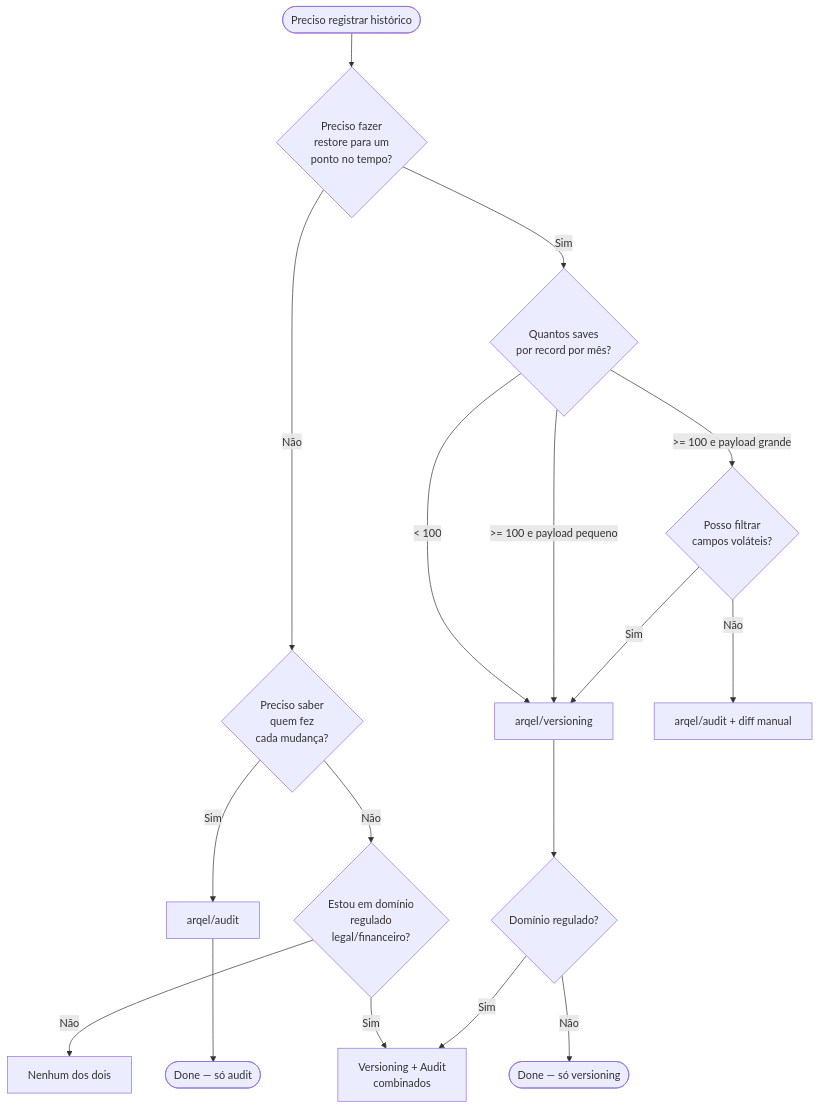
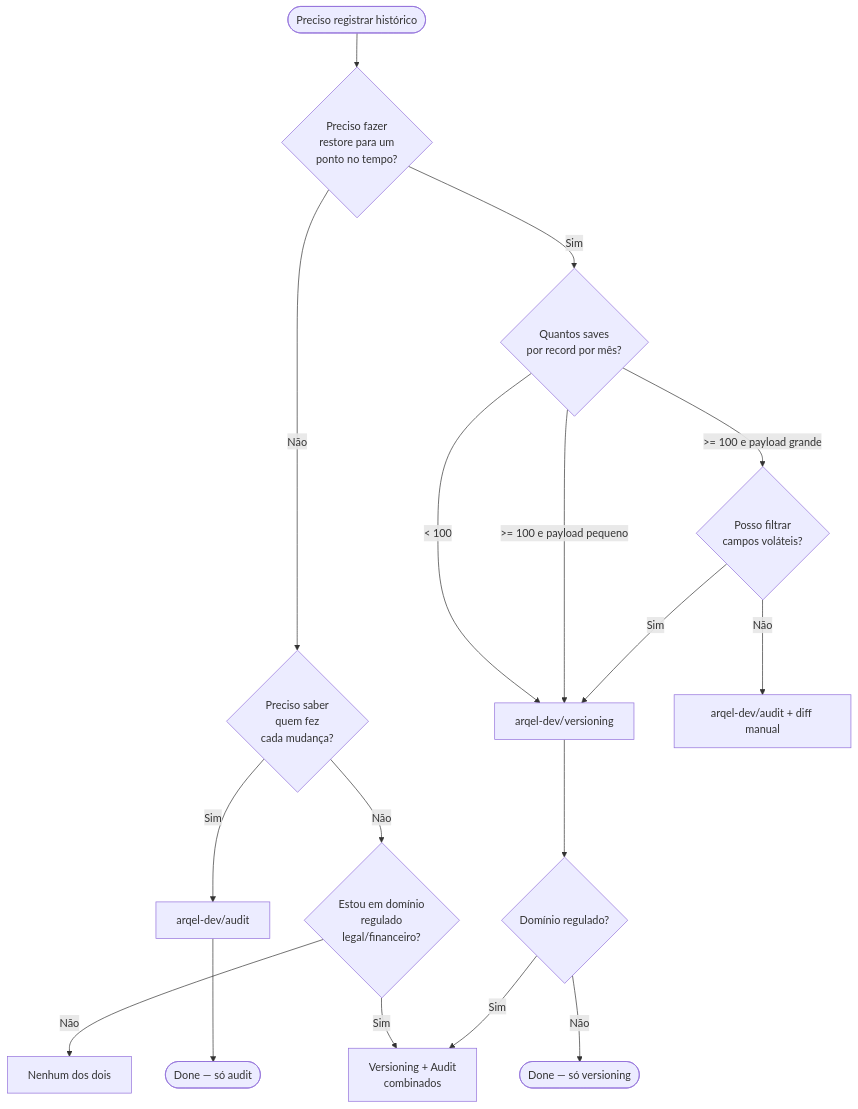
Before and after one commit to arqel-dev/arqel: the diagram in apps/docs/examples/versioning/index.md, drawn with Mermaid. The commit also changed other lines of this file and 462 other files, not shown here.

````diff
--- a/apps/docs/examples/versioning/index.md
+++ b/apps/docs/examples/versioning/index.md
@@ -55,19 +55,19 @@
 ```mermaid
 flowchart TD
     Start([Preciso registrar histórico]) --> Q1{Preciso fazer<br/>restore para um<br/>ponto no tempo?}
     Q1 -->|Sim| Q2{Quantos saves<br/>por record por mês?}
     Q1 -->|Não| Q3{Preciso saber<br/>quem fez<br/>cada mudança?}
-    Q2 -->|< 100| V[arqel/versioning]
+    Q2 -->|< 100| V[arqel-dev/versioning]
     Q2 -->|>= 100 e payload pequeno| V
     Q2 -->|>= 100 e payload grande| Q4{Posso filtrar<br/>campos voláteis?}
     Q4 -->|Sim| V
-    Q4 -->|Não| AB[arqel/audit + diff manual]
-    Q3 -->|Sim| A[arqel/audit]
+    Q4 -->|Não| AB[arqel-dev/audit + diff manual]
+    Q3 -->|Sim| A[arqel-dev/audit]
     Q3 -->|Não| Q5{Estou em domínio<br/>regulado<br/>legal/financeiro?}
     Q5 -->|Sim| Both[Versioning + Audit<br/>combinados]
     Q5 -->|Não| Nothing[Nenhum dos dois]
     V --> Q6{Domínio regulado?}
     Q6 -->|Sim| Both
     Q6 -->|Não| Done([Done — só versioning])
     A --> Done2([Done — só audit])
 ```
````
